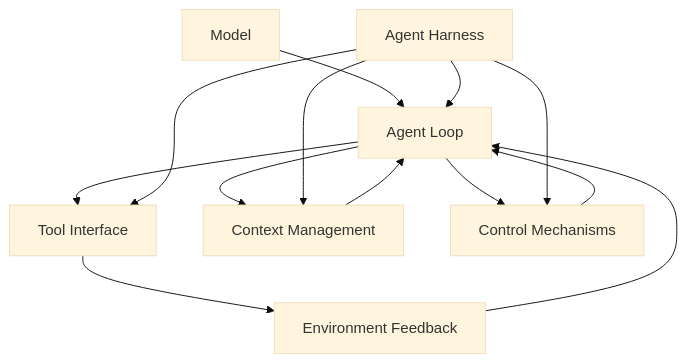
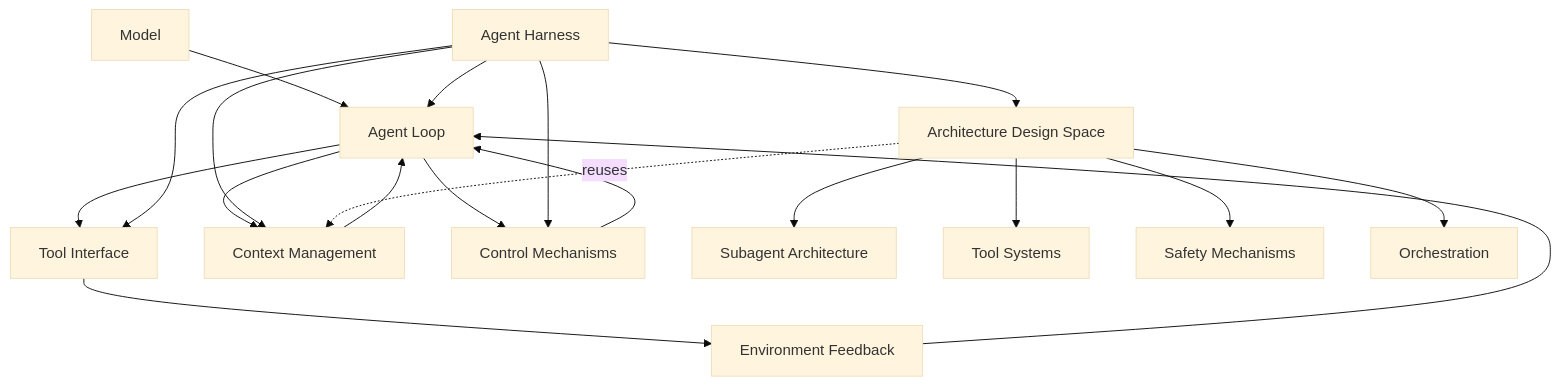
Before and after one commit to zss1033741393-tech/PaperWiki: the diagram in reports/topic-what-is-agent-harness/report.md, drawn with Mermaid (base theme). The commit also changed other lines of this file and 33 other files, not shown here.

Commit message:
docs: add agent harness architecture study

````diff
--- a/reports/topic-what-is-agent-harness/report.md
+++ b/reports/topic-what-is-agent-harness/report.md
@@ -61,15 +78,21 @@
 ```mermaid
 flowchart TD
   M[Model] --> L[Agent Loop]
   L --> T[Tool Interface]
   L --> C[Context Management]
   L --> K[Control Mechanisms]
   T --> F[Environment Feedback]
   F --> L
   C --> L
   K --> L
   H[Agent Harness] --> L
   H --> T
   H --> C
   H --> K
+  H --> D[Architecture Design Space]
+  D --> S[Subagent Architecture]
+  D --> X[Tool Systems]
+  D --> G[Safety Mechanisms]
+  D --> O[Orchestration]
+  D -. reuses .-> C
 ```
````
